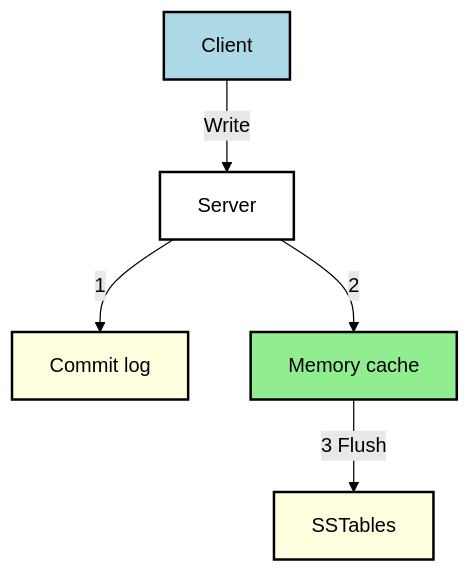
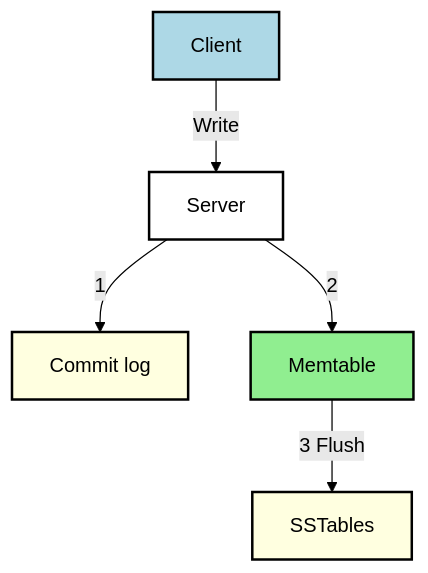
Before and after one commit to NalinDalal/system-design: the sixth of 7 diagrams in 6.KeyValueStorage.md, drawn with Mermaid (forest theme). The commit also changed other lines of this file, not shown here.

````diff
--- a/6.KeyValueStorage.md
+++ b/6.KeyValueStorage.md
@@ -340,12 +231,12 @@
 ```mermaid
 graph TD
     A[Client] -->|Write| B[Server]
     B -->|1| C[Commit log]
-    B -->|2| D[Memory cache]
+    B -->|2| D[Memtable]
     D -->|3 Flush| E[SSTables]
-    style A fill:#add8e6,stroke:#000,stroke-width:2px
-    style C fill:#ffffe0,stroke:#000,stroke-width:2px
-    style D fill:#90ee90,stroke:#000,stroke-width:2px
-    style E fill:#ffffe0,stroke:#000,stroke-width:2px
-    style B fill:#ffffff,stroke:#000,stroke-width:2px
+    style A fill:#add8e6, stroke:#000,stroke-width:2px 
+    style C fill:#ffffe0, stroke: #000, stroke-width:2px 
+    style D fill:#90ee90, stroke:#000, stroke-width:2px 
+    style E fill:#ffffe0, stroke: #000, stroke-width:2px 
+    style B fill:#ffffff, stroke: #000, stroke-width:2px
 ```
````
